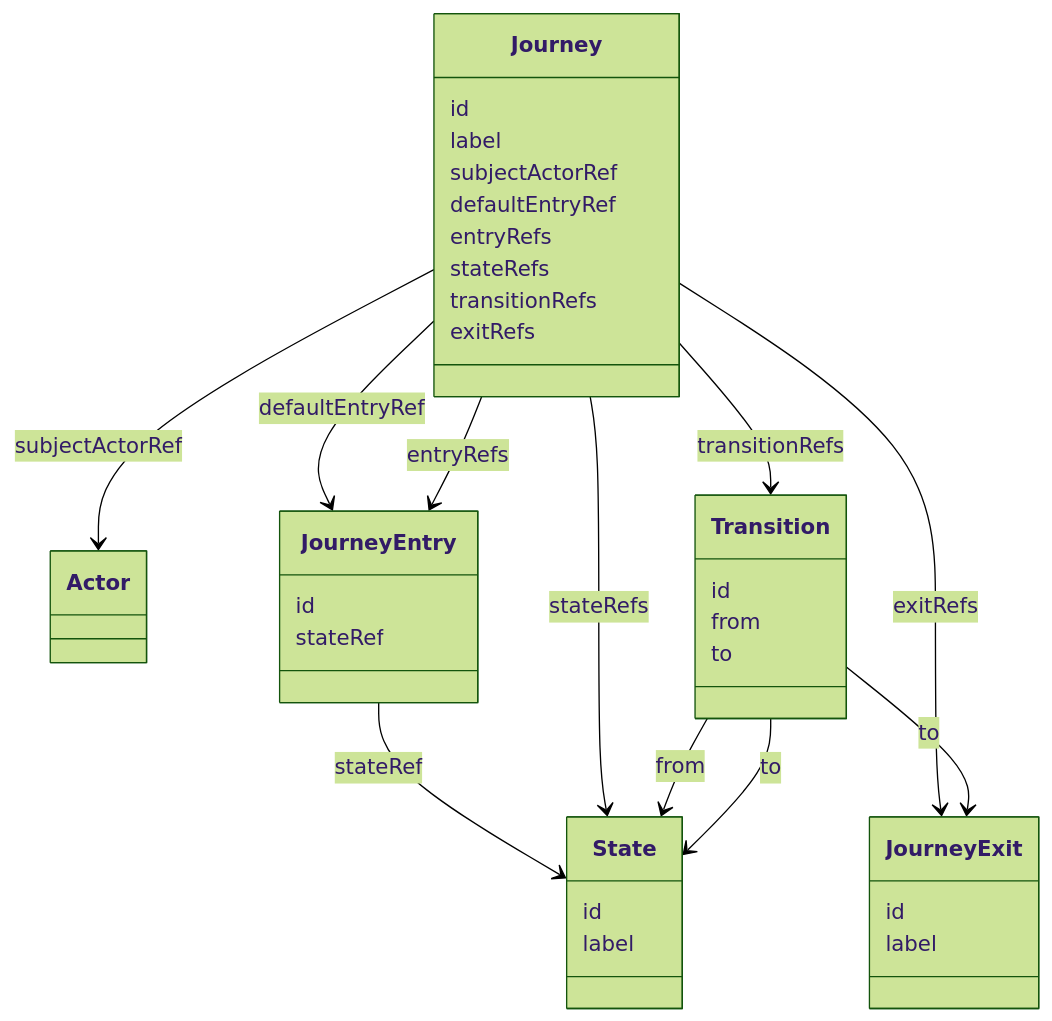
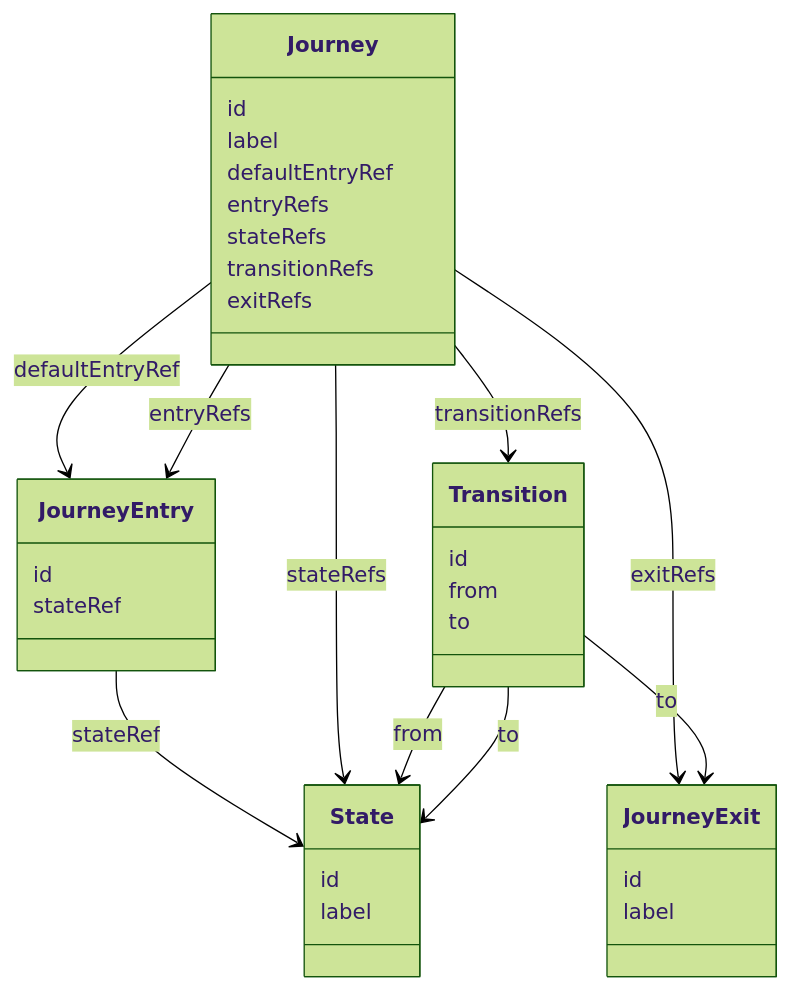
One commit to Bang2985/spec-ujg changed the fourth of 12 diagrams in specs/ed/graph/index.md. Above: the diagram before and after it, drawn with Mermaid (forest theme). The commit also changed other lines of this file and 92 other files, not shown here.

````diff
--- a/specs/ed/graph/index.md
+++ b/specs/ed/graph/index.md
@@ -171,47 +165,43 @@
 ```mermaid
 classDiagram
-  class Actor
-
   class Journey {
     id
     label
-    subjectActorRef
     defaultEntryRef
     entryRefs
     stateRefs
     transitionRefs
     exitRefs
   }
 
   class JourneyEntry {
     id
     stateRef
   }
 
   class State {
     id
     label
   }
 
   class JourneyExit {
     id
     label
   }
 
   class Transition {
     id
     from
     to
   }
 
-  Journey --> Actor : subjectActorRef
   Journey --> JourneyEntry : defaultEntryRef
   Journey --> JourneyEntry : entryRefs
   JourneyEntry --> State : stateRef
   Journey --> State : stateRefs
   Journey --> JourneyExit : exitRefs
   Journey --> Transition : transitionRefs
   Transition --> State : from
   Transition --> State : to
   Transition --> JourneyExit : to
 ```
````
